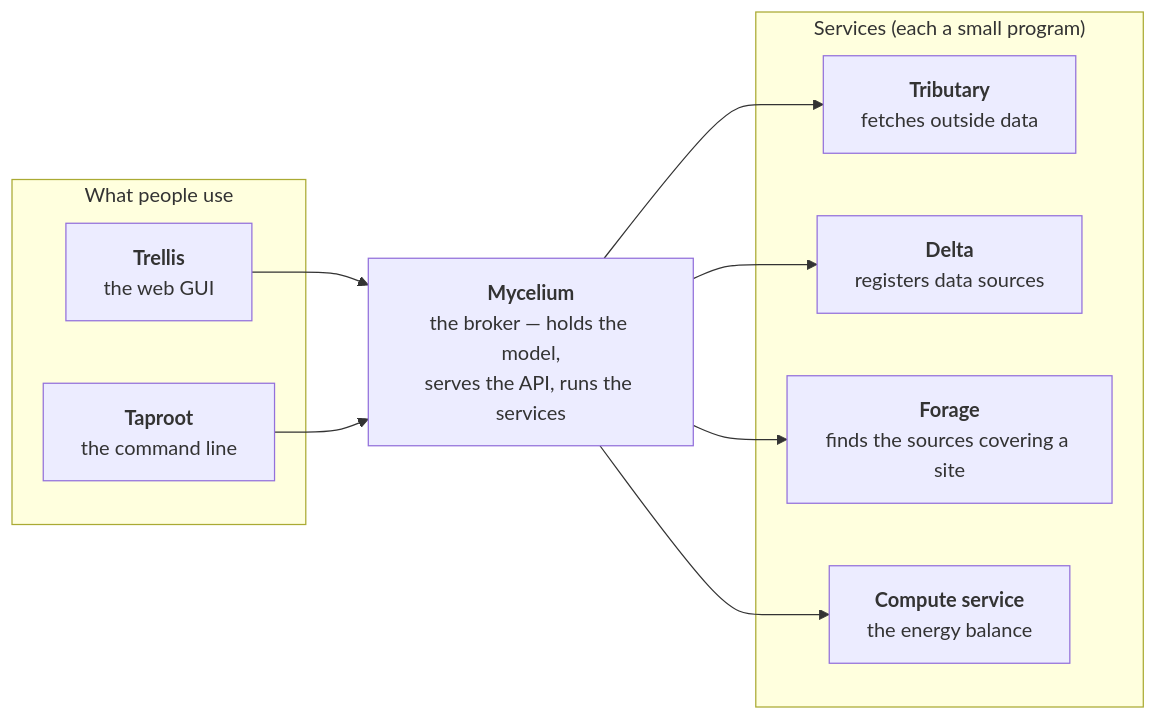
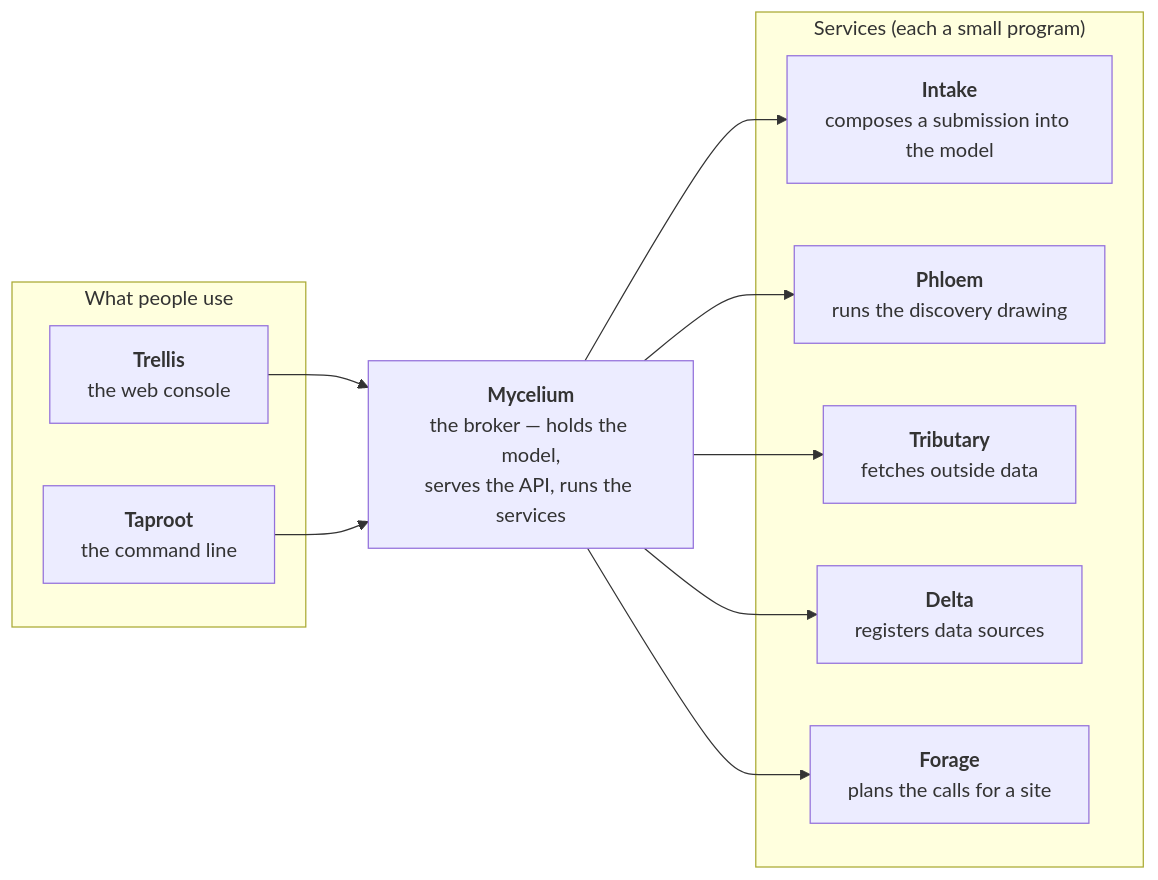
One commit to ReGen-Villages/VillageOS-API changed the first of 10 diagrams in docs/LAND_INTAKE.md. Above: the diagram before and after it, drawn with Mermaid. The commit also changed other lines of this file, not shown here.

First line of the commit message:
The land intake guide describes discovery as a drawing and the analysis as the study's own formulas and ranges (AB#8596)

````diff
--- a/docs/LAND_INTAKE.md
+++ b/docs/LAND_INTAKE.md
@@ -93,17 +93,18 @@
 ```mermaid
 flowchart LR
   subgraph client["What people use"]
-    T["<b>Trellis</b><br/>the web GUI"]
+    T["<b>Trellis</b><br/>the web console"]
     TR["<b>Taproot</b><br/>the command line"]
   end
   M["<b>Mycelium</b><br/>the broker — holds the model,<br/>serves the API, runs the services"]
   subgraph svc["Services (each a small program)"]
+    I["<b>Intake</b><br/>composes a submission into the model"]
+    P["<b>Phloem</b><br/>runs the discovery drawing"]
     TB["<b>Tributary</b><br/>fetches outside data"]
     D["<b>Delta</b><br/>registers data sources"]
-    F["<b>Forage</b><br/>finds the sources covering a site"]
-    C["<b>Compute service</b><br/>the energy balance"]
+    F["<b>Forage</b><br/>plans the calls for a site"]
   end
   T --> M
   TR --> M
-  M --> TB & D & F & C
+  M --> I & P & TB & D & F
 ```
````
